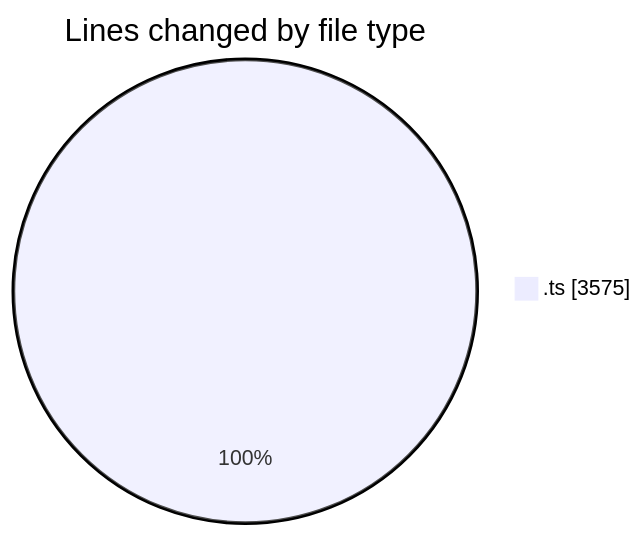
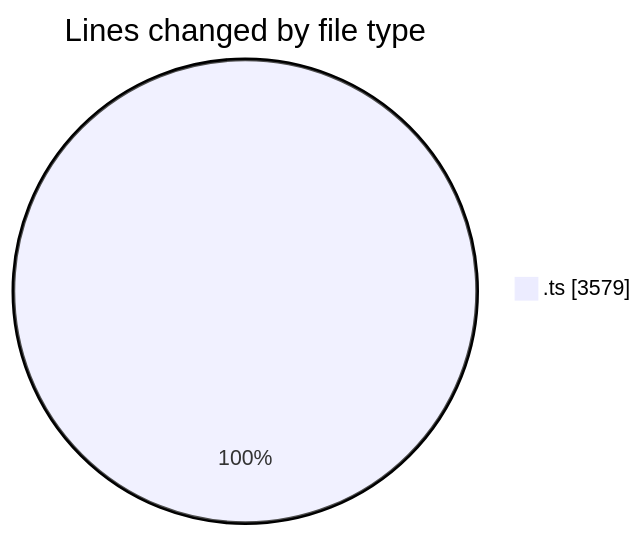
One commit to momahboobian/code-tracking changed the first of 2 diagrams in 2025-10-23/cda/README.md. Above: the diagram before and after it, drawn with Mermaid. The commit also changed other lines of this file and 1 other file, not shown here.

````diff
--- a/2025-10-23/cda/README.md
+++ b/2025-10-23/cda/README.md
@@ -24,5 +24,5 @@
 ```mermaid
 pie showData
 title Lines changed by file type
-".ts" : 3575
+".ts" : 3579
 ```
````
